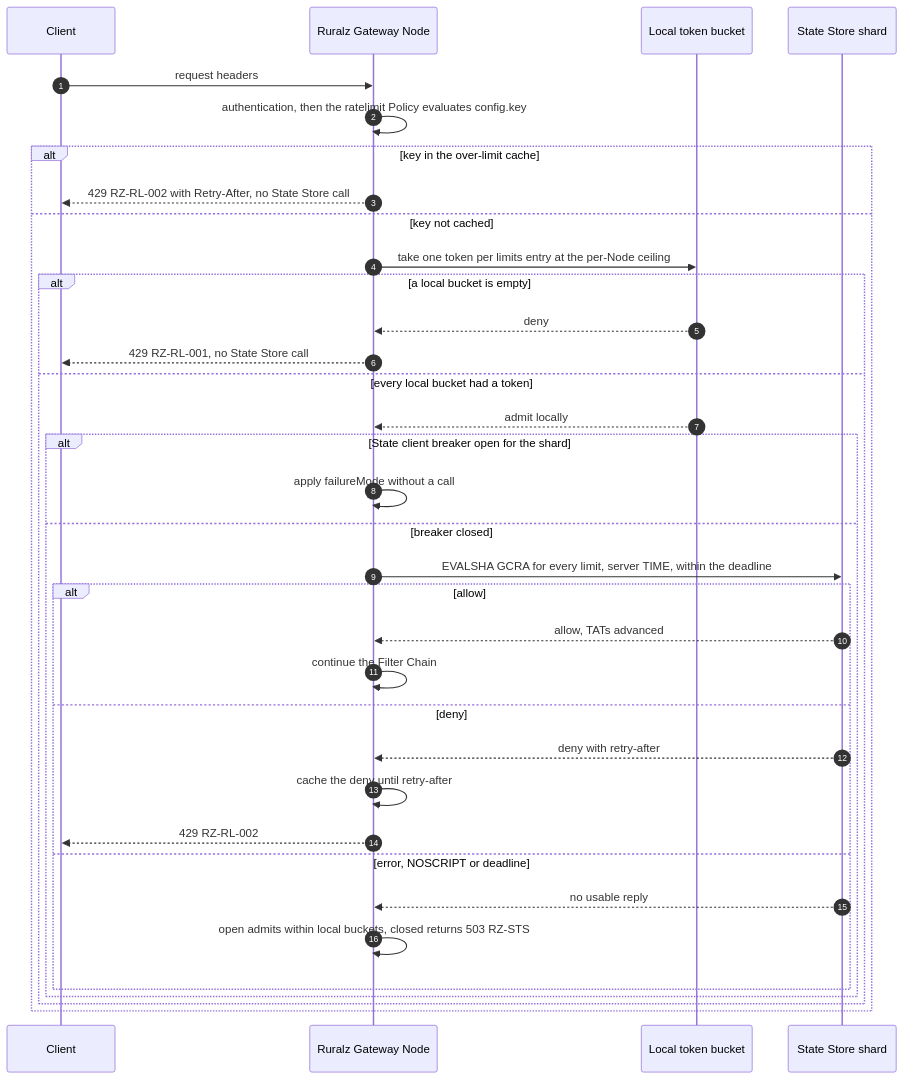
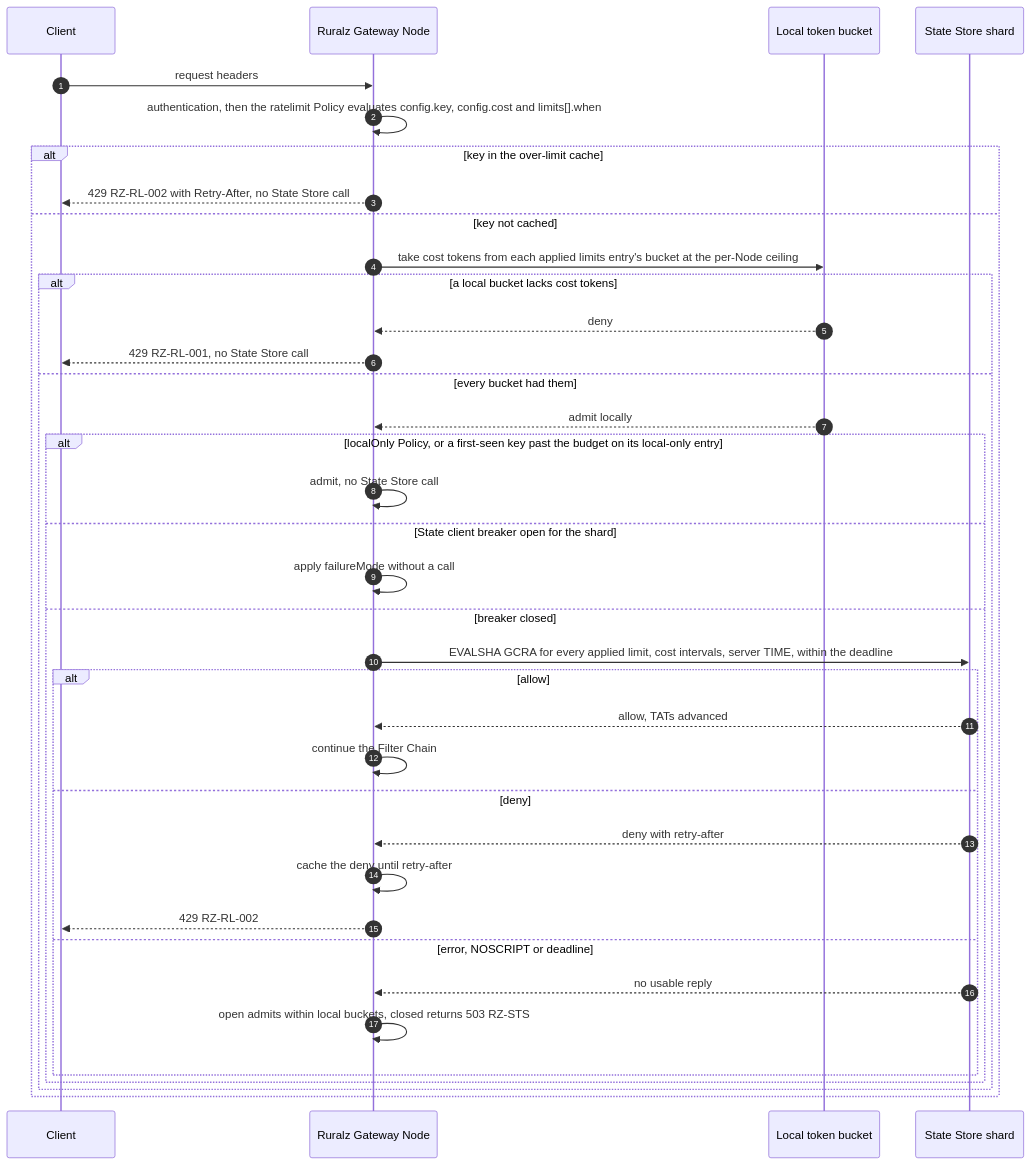
One commit to ravindu-rev/ruralz changed the third of 4 diagrams in docs/architecture/11-scalability-and-distributed-state.md. Above: the diagram before and after it, drawn with Mermaid. The commit also changed other lines of this file and 5552 other files, not shown here.

````diff
--- a/docs/architecture/11-scalability-and-distributed-state.md
+++ b/docs/architecture/11-scalability-and-distributed-state.md
@@ -254,37 +236,39 @@
 ```mermaid
 sequenceDiagram
     autonumber
     participant C as Client
     participant N as Ruralz Gateway Node
     participant B as Local token bucket
     participant SS as State Store shard
     C->>N: request headers
-    N->>N: authentication, then the ratelimit Policy evaluates config.key
+    N->>N: authentication, then the ratelimit Policy evaluates config.key, config.cost and limits[].when
     alt key in the over-limit cache
         N-->>C: 429 RZ-RL-002 with Retry-After, no State Store call
     else key not cached
-        N->>B: take one token per limits entry at the per-Node ceiling
-        alt a local bucket is empty
+        N->>B: take cost tokens from each applied limits entry's bucket at the per-Node ceiling
+        alt a local bucket lacks cost tokens
             B-->>N: deny
             N-->>C: 429 RZ-RL-001, no State Store call
-        else every local bucket had a token
+        else every bucket had them
             B-->>N: admit locally
-            alt State client breaker open for the shard
+            alt localOnly Policy, or a first-seen key past the budget on its local-only entry
+                N->>N: admit, no State Store call
+            else State client breaker open for the shard
                 N->>N: apply failureMode without a call
             else breaker closed
-                N->>SS: EVALSHA GCRA for every limit, server TIME, within the deadline
+                N->>SS: EVALSHA GCRA for every applied limit, cost intervals, server TIME, within the deadline
                 alt allow
                     SS-->>N: allow, TATs advanced
                     N->>N: continue the Filter Chain
                 else deny
                     SS-->>N: deny with retry-after
                     N->>N: cache the deny until retry-after
                     N-->>C: 429 RZ-RL-002
                 else error, NOSCRIPT or deadline
                     SS-->>N: no usable reply
                     N->>N: open admits within local buckets, closed returns 503 RZ-STS
                 end
             end
         end
     end
 ```
````
